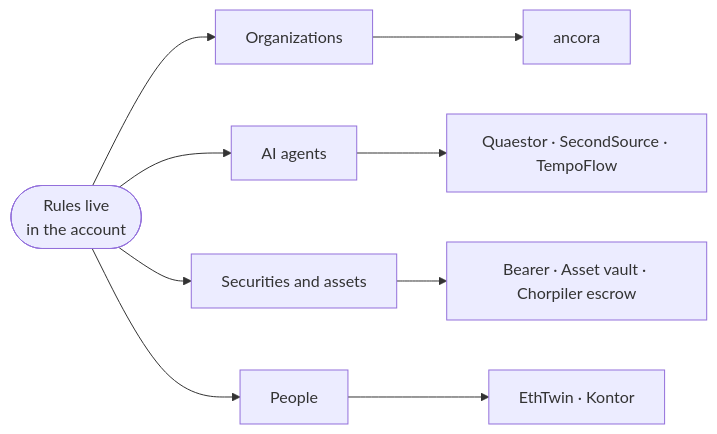
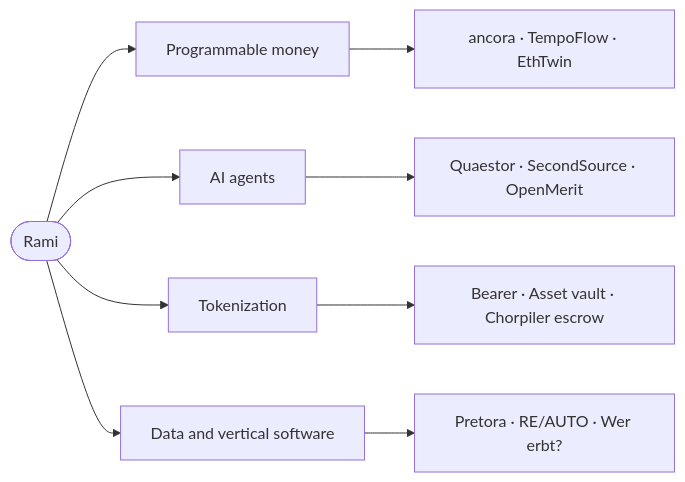
One commit to raglibol-re/raglibol-re changed the diagram in README.md. Above: the diagram before and after it, drawn with Mermaid. The commit also changed other lines of this file, not shown here.

````diff
--- a/README.md
+++ b/README.md
@@ -50,8 +47,8 @@
 ```mermaid
 flowchart LR
-    T(["Rules live<br/>in the account"])
-    T --> O["Organizations"] --> A["ancora"]
-    T --> G["AI agents"] --> Q["Quaestor · SecondSource · TempoFlow"]
-    T --> S["Securities and assets"] --> B["Bearer · Asset vault · Chorpiler escrow"]
-    T --> P["People"] --> E["EthTwin · Kontor"]
+    R(["Rami"])
+    R --> P["Programmable money"] --> P1["ancora · TempoFlow · EthTwin"]
+    R --> G["AI agents"] --> G1["Quaestor · SecondSource · OpenMerit"]
+    R --> S["Tokenization"] --> S1["Bearer · Asset vault · Chorpiler escrow"]
+    R --> D["Data and vertical software"] --> D1["Pretora · RE/AUTO · Wer erbt?"]
 ```
````
